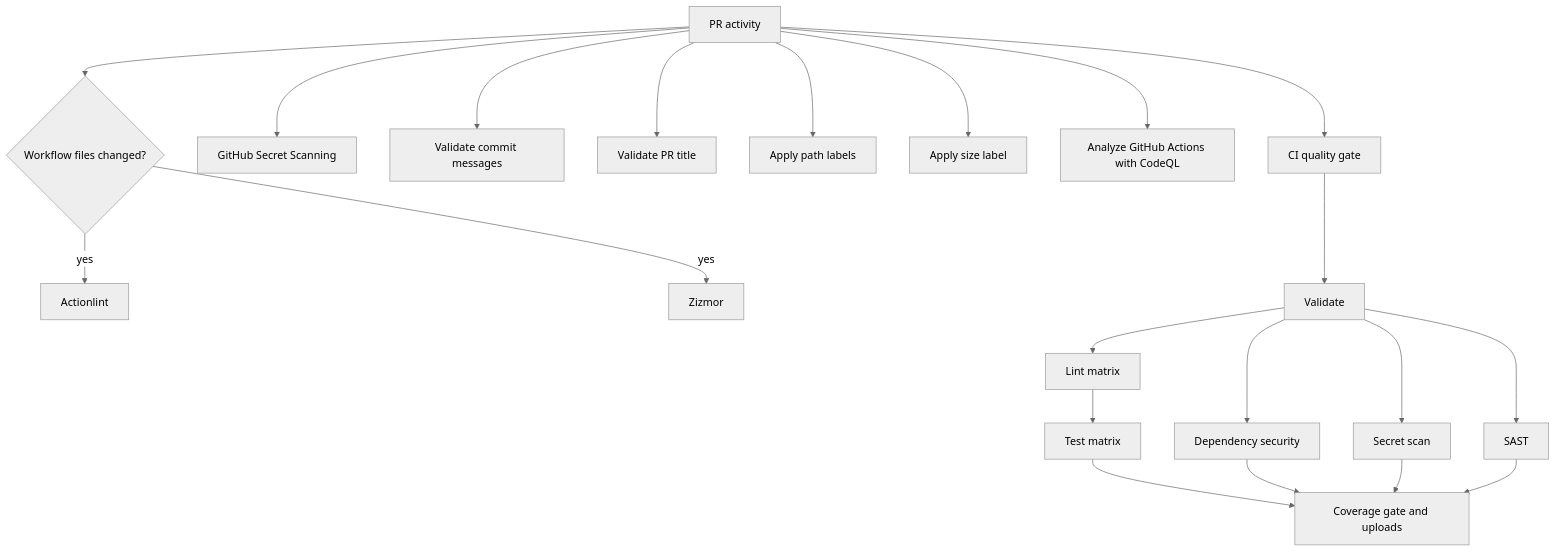
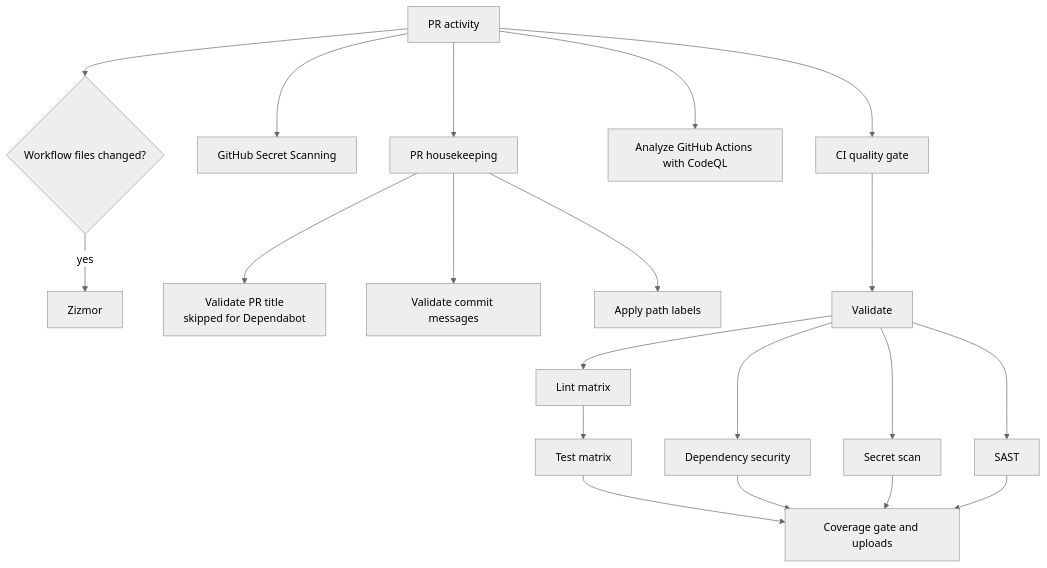
The second of 5 diagrams in WORKFLOWS.md (jooservices/dto), drawn with Mermaid (neutral theme) before and after one commit. The commit also changed other lines of this file and 7 other files, not shown here.

````diff
--- a/WORKFLOWS.md
+++ b/WORKFLOWS.md
@@ -47,24 +41,24 @@
 ```mermaid
 flowchart TD
     PR[PR activity] --> CI[CI quality gate]
     PR --> Native[GitHub Secret Scanning]
-    PR --> CL[Validate commit messages]
-    PR --> SPT[Validate PR title]
-    PR --> PL[Apply path labels]
-    PR --> PSL[Apply size label]
+    PR --> HK[PR housekeeping]
     PR --> CQL[Analyze GitHub Actions with CodeQL]
     PR --> WA{Workflow files changed?}
-    WA -->|yes| AL[Actionlint]
     WA -->|yes| ZM[Zizmor]
+
+    HK --> SPT[Validate PR title<br>skipped for Dependabot]
+    HK --> CL[Validate commit messages]
+    HK --> PL[Apply path labels]
 
     CI --> V[Validate]
     V --> L[Lint matrix]
     L --> T[Test matrix]
     V --> DS[Dependency security]
     V --> SS[Secret scan]
     V --> SA[SAST]
     T --> CU[Coverage gate and uploads]
     DS --> CU
     SS --> CU
     SA --> CU
 ```
````
